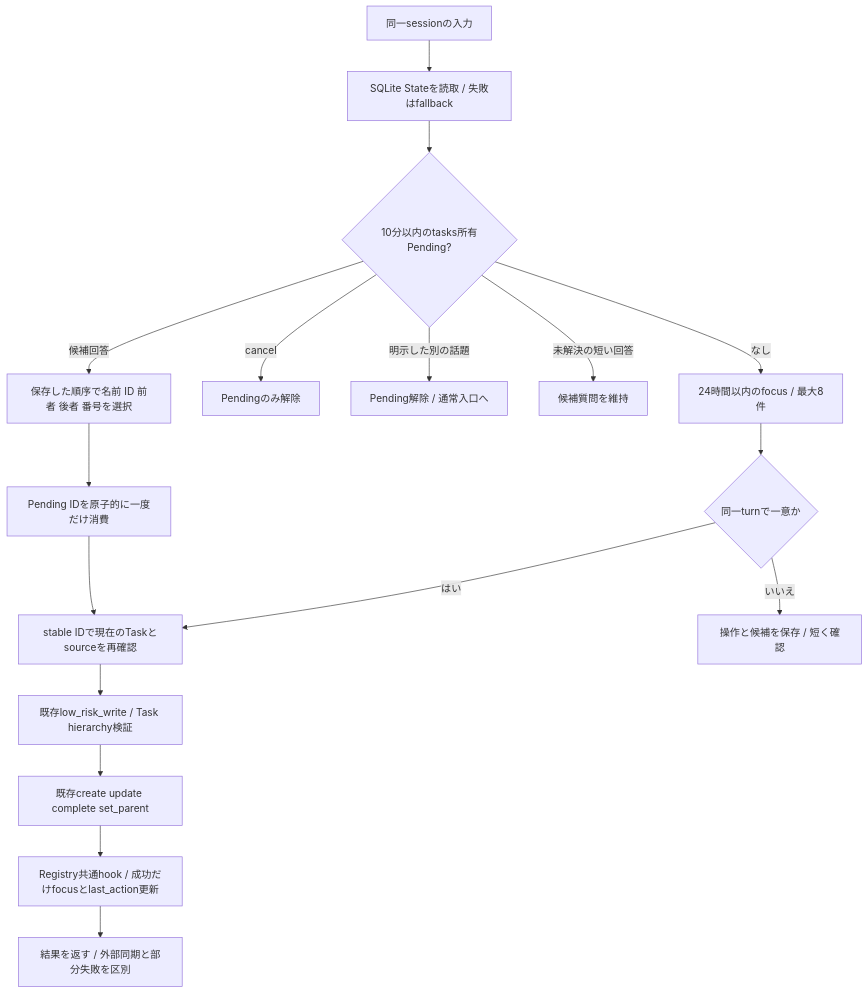
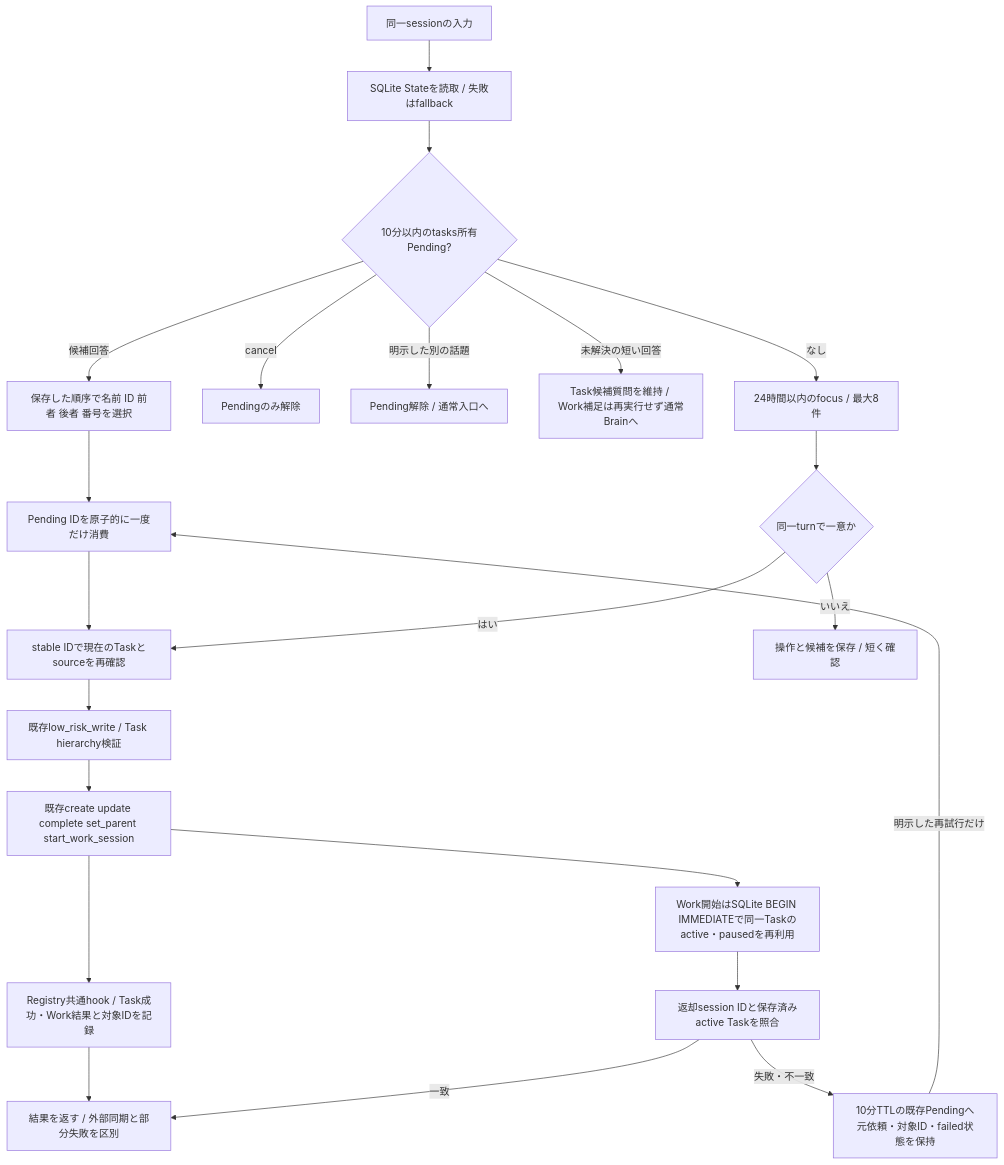
Diagram 23 of 24 in docs/runtime-flows.md (Soso2e/PETIT), drawn with Mermaid before and after one commit. The commit also changed other lines of this file and 23 other files, not shown here.

````diff
--- a/docs/runtime-flows.md
+++ b/docs/runtime-flows.md
@@ -806,19 +810,24 @@
 ```mermaid
 flowchart TD
     U[同一sessionの入力] --> Load[SQLite Stateを読取 / 失敗はfallback]
     Load --> Pending{10分以内のtasks所有Pending?}
     Pending -->|候補回答| Select[保存した順序で名前 ID 前者 後者 番号を選択]
     Select --> Claim[Pending IDを原子的に一度だけ消費]
     Claim --> Valid[stable IDで現在のTaskとsourceを再確認]
     Pending -->|cancel| Cancel[Pendingのみ解除]
     Pending -->|明示した別の話題| Clear[Pending解除 / 通常入口へ]
-    Pending -->|未解決の短い回答| Ask[候補質問を維持]
+    Pending -->|未解決の短い回答| Ask[Task候補質問を維持 / Work補足は再実行せず通常Brainへ]
     Pending -->|なし| Focus[24時間以内のfocus / 最大8件]
     Focus --> Unique{同一turnで一意か}
     Unique -->|いいえ| Save[操作と候補を保存 / 短く確認]
     Unique -->|はい| Valid
     Valid --> Risk[既存low_risk_write / Task hierarchy検証]
-    Risk --> Tool[既存create update complete set_parent]
-    Tool --> Hook[Registry共通hook / 成功だけfocusとlast_action更新]
+    Risk --> Tool[既存create update complete set_parent start_work_session]
+    Tool --> Hook[Registry共通hook / Task成功・Work結果と対象IDを記録]
     Hook --> Reply[結果を返す / 外部同期と部分失敗を区別]
+    Tool --> Work[Work開始はSQLite BEGIN IMMEDIATEで同一Taskのactive・pausedを再利用]
+    Work --> Verify[返却session IDと保存済みactive Taskを照合]
+    Verify -->|一致| Reply
+    Verify -->|失敗・不一致| Retry[10分TTLの既存Pendingへ元依頼・対象ID・failed状態を保持]
+    Retry -->|明示した再試行だけ| Claim
 ```
````
